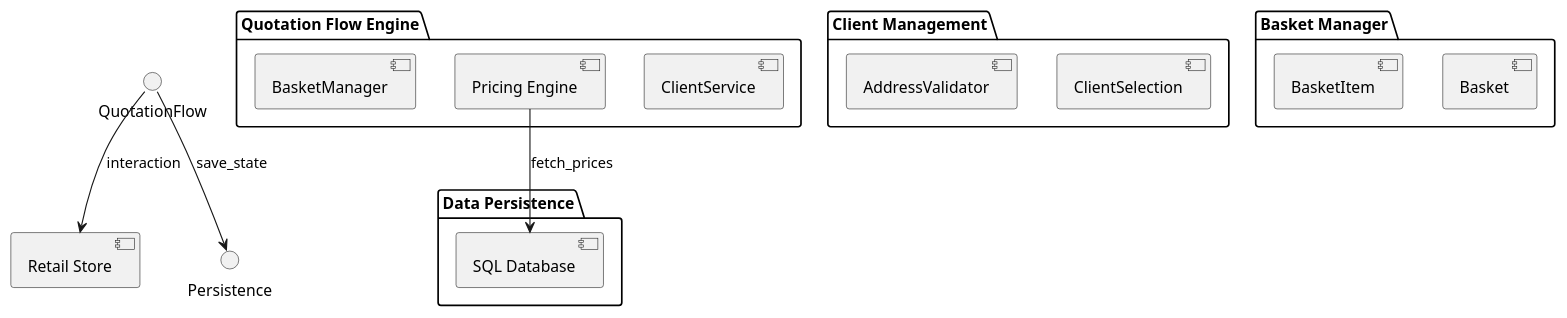
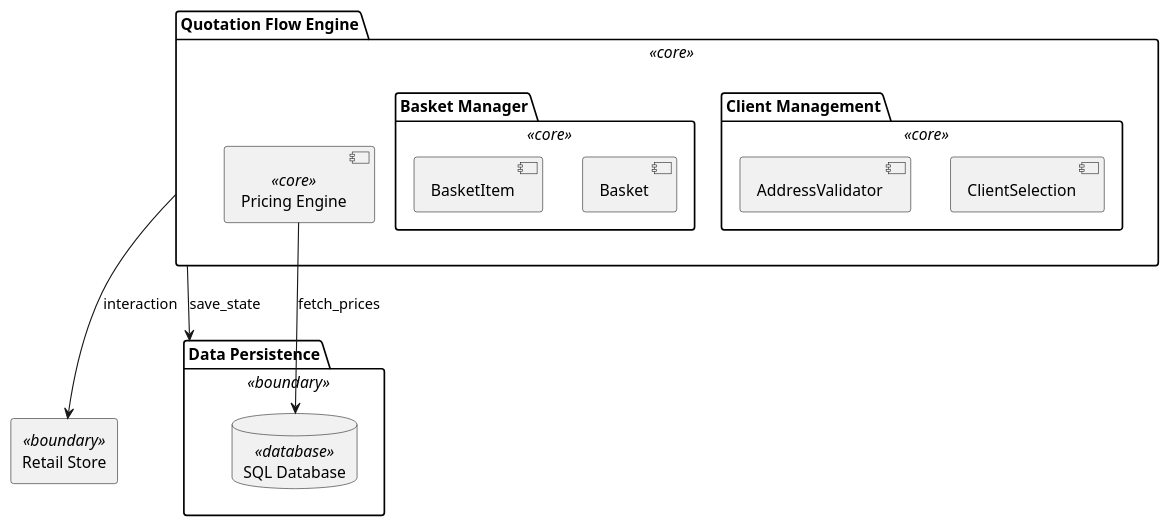
One commit to jpcosec/spec2viz changed the diagram in examples/component/example.puml. Above: the diagram before and after it, drawn with PlantUML. The commit also changed 174 other files, not shown here.

```diff
--- a/examples/component/example.puml
+++ b/examples/component/example.puml
@@ -1,25 +1,58 @@
 @startuml
-package "Quotation Flow Engine" {
-  [ClientService]
-  [PricingEngine]
-  [BasketManager]
+skinparam component<<boundary>> BackgroundColor #FCECC9
+skinparam component<<boundary>> BorderColor #D4A73C
+skinparam component<<boundary>> FontColor #5E450B
+skinparam rectangle<<boundary>> BackgroundColor #FCECC9
+skinparam rectangle<<boundary>> BorderColor #D4A73C
+skinparam rectangle<<boundary>> FontColor #5E450B
+skinparam database<<boundary>> BackgroundColor #FCECC9
+skinparam database<<boundary>> BorderColor #D4A73C
+skinparam database<<boundary>> FontColor #5E450B
+skinparam package<<boundary>> BackgroundColor #FCECC9
+skinparam package<<boundary>> BorderColor #D4A73C
+skinparam package<<boundary>> FontColor #5E450B
+skinparam component<<core>> BackgroundColor #D8ECFF
+skinparam component<<core>> BorderColor #4C78A8
+skinparam component<<core>> FontColor #16324F
+skinparam rectangle<<core>> BackgroundColor #D8ECFF
+skinparam rectangle<<core>> BorderColor #4C78A8
+skinparam rectangle<<core>> FontColor #16324F
+skinparam database<<core>> BackgroundColor #D8ECFF
+skinparam database<<core>> BorderColor #4C78A8
+skinparam database<<core>> FontColor #16324F
+skinparam package<<core>> BackgroundColor #D8ECFF
+skinparam package<<core>> BorderColor #4C78A8
+skinparam package<<core>> FontColor #16324F
+skinparam component<<database>> BackgroundColor #DCEFD8
+skinparam component<<database>> BorderColor #5A9B5A
+skinparam component<<database>> FontColor #1F4F1F
+skinparam rectangle<<database>> BackgroundColor #DCEFD8
+skinparam rectangle<<database>> BorderColor #5A9B5A
+skinparam rectangle<<database>> FontColor #1F4F1F
+skinparam database<<database>> BackgroundColor #DCEFD8
+skinparam database<<database>> BorderColor #5A9B5A
+skinparam database<<database>> FontColor #1F4F1F
+skinparam package<<database>> BackgroundColor #DCEFD8
+skinparam package<<database>> BorderColor #5A9B5A
+skinparam package<<database>> FontColor #1F4F1F
+
+package "Quotation Flow Engine" as QuotationFlow <<core>> {
+  package "Client Management" as ClientService <<core>> {
+    [ClientSelection]
+    [AddressValidator]
+  }
+  component "Pricing Engine" as PricingEngine <<core>>
+  package "Basket Manager" as BasketManager <<core>> {
+    [Basket]
+    [BasketItem]
+  }
 }
-package "Client Management" {
-  [ClientSelection]
-  [AddressValidator]
+rectangle "Retail Store" as Store <<boundary>>
+package "Data Persistence" as Persistence <<boundary>> {
+  database "SQL Database" as SQLDatabase <<database>>
 }
-package "Basket Manager" {
-  [Basket]
-  [BasketItem]
-}
-component [Pricing Engine] as PricingEngine
-boundary [Retail Store] as Store
-package "Data Persistence" {
-  [SQLDatabase]
-}
-database [SQL Database] as SQLDatabase
 
 QuotationFlow --> Store : interaction
 QuotationFlow --> Persistence : save_state
 PricingEngine --> SQLDatabase : fetch_prices
 @enduml
```
